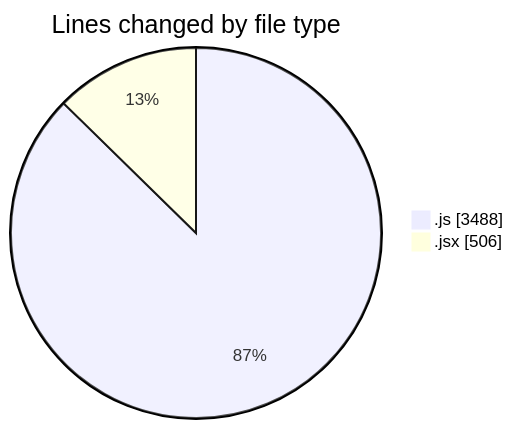
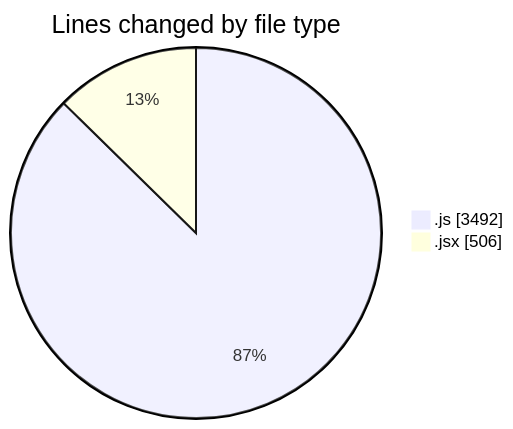
The first of 2 diagrams in 2025-07-27/nxtqube_webapp/README.md (nxtqubesakshisongat/code-tracking), drawn with Mermaid before and after one commit. The commit also changed other lines of this file and 1 other file, not shown here.

````diff
--- a/2025-07-27/nxtqube_webapp/README.md
+++ b/2025-07-27/nxtqube_webapp/README.md
@@ -29,6 +29,6 @@
 ```mermaid
 pie showData
 title Lines changed by file type
-".js" : 3488
+".js" : 3492
 ".jsx" : 506
 ```
````
